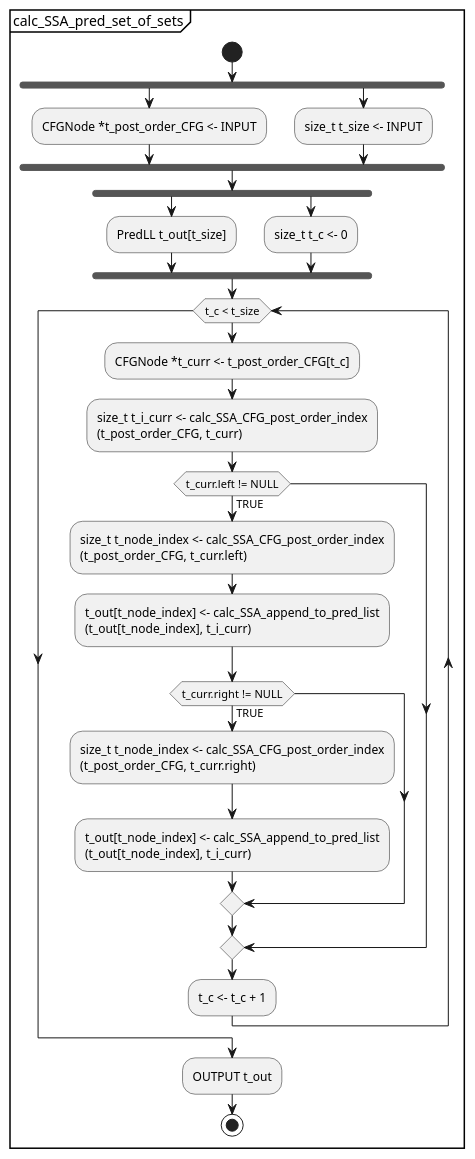
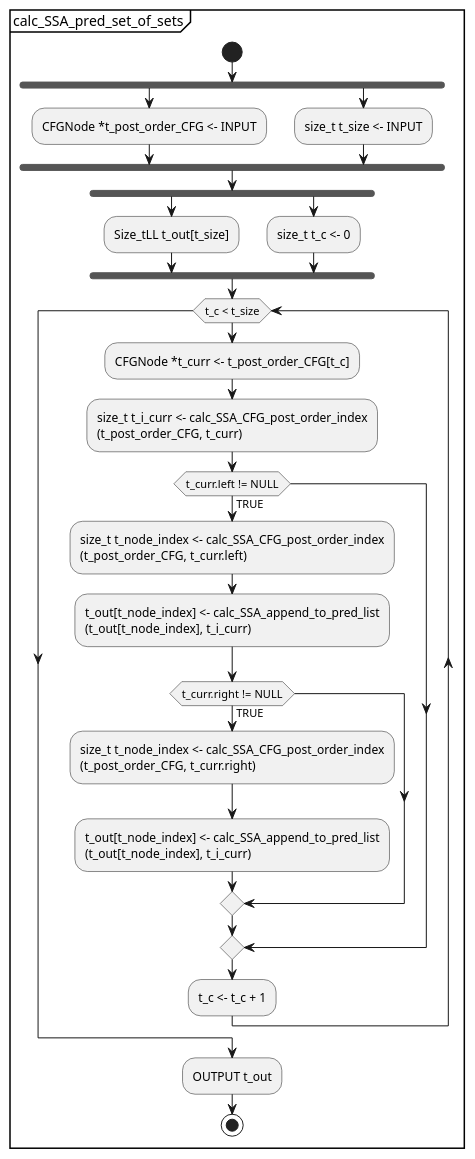
The diagram in docs/UML/Single_Static_Assignment_Generation_Scheme/submodules/md/calc_SSA_pred_set_of_sets.md (KeithCBrett/Python-Compiler), drawn with PlantUML before and after one commit. The commit also changed 10 other files, not shown here.

```diff
--- a/docs/UML/Single_Static_Assignment_Generation_Scheme/submodules/md/calc_SSA_pred_set_of_sets.md
+++ b/docs/UML/Single_Static_Assignment_Generation_Scheme/submodules/md/calc_SSA_pred_set_of_sets.md
@@ -1,35 +1,35 @@
 @startuml
 partition calc_SSA_pred_set_of_sets {
     start
     fork
     :CFGNode *t_post_order_CFG <- INPUT;
     fork again
     :size_t t_size <- INPUT;
     fork end
     fork
-    :PredLL t_out[t_size];
+    :Size_tLL t_out[t_size];
     fork again
     :size_t t_c <- 0;
     fork end
     while (t_c < t_size)
         :CFGNode *t_curr <- t_post_order_CFG[t_c];
         :size_t t_i_curr <- calc_SSA_CFG_post_order_index
         (t_post_order_CFG, t_curr);
         if (t_curr.left != NULL) then (TRUE)
             :size_t t_node_index <- calc_SSA_CFG_post_order_index
             (t_post_order_CFG, t_curr.left);
             :t_out[t_node_index] <- calc_SSA_append_to_pred_list
             (t_out[t_node_index], t_i_curr);
         if (t_curr.right != NULL) then (TRUE)
             :size_t t_node_index <- calc_SSA_CFG_post_order_index
             (t_post_order_CFG, t_curr.right);
             :t_out[t_node_index] <- calc_SSA_append_to_pred_list
             (t_out[t_node_index], t_i_curr);
         endif
         endif
         :t_c <- t_c + 1;
     endwhile
     :OUTPUT t_out;
     stop
 }
 @enduml
```
